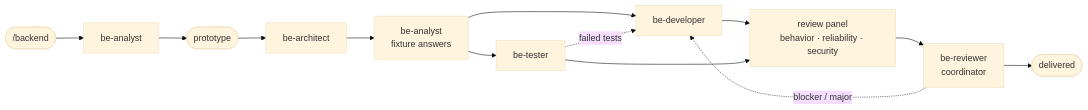
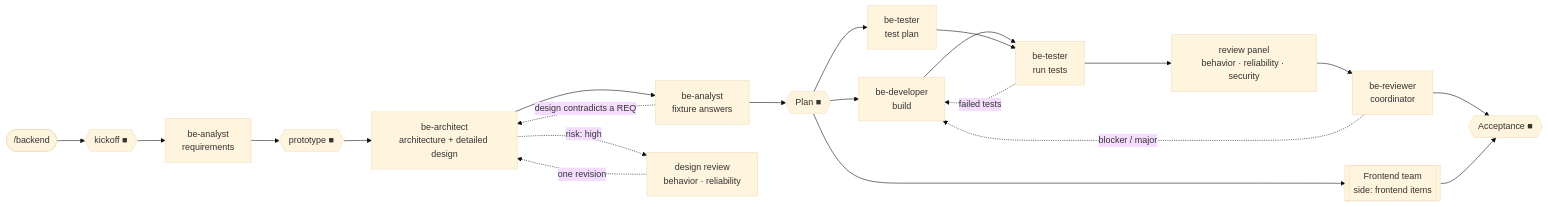
The diagram in backend/README.md (borun-li/claude-harness), drawn with Mermaid (base theme) before and after one commit. The commit also changed other lines of this file and 5 other files, not shown here.

First line of the commit message:
READMEs follow the current flows; drop stale references

````diff
--- a/backend/README.md
+++ b/backend/README.md
@@ -8,8 +8,13 @@
 ```mermaid
 flowchart LR
-    S(["/backend"]) --> AN[be-analyst] --> P([prototype]) --> AR[be-architect] --> FX[be-analyst<br/>fixture answers]
-    FX --> DEV[be-developer] & TE[be-tester]
-    DEV & TE --> PN[review panel<br/>behavior · reliability · security] --> CO[be-reviewer<br/>coordinator] --> E([delivered])
+    S(["/backend"]) --> K{{kickoff ■}} --> AN[be-analyst<br/>requirements] --> P{{prototype ■}}
+    P --> AR[be-architect<br/>architecture + detailed design] --> FX[be-analyst<br/>fixture answers] --> PL{{Plan ■}}
+    AR -. "risk: high" .-> DR[design review<br/>behavior · reliability] -. "one revision" .-> AR
+    FX -. "design contradicts a REQ" .-> AR
+    PL --> DEV[be-developer<br/>build] & TP[be-tester<br/>test plan]
+    PL --> FT[[Frontend team<br/>side: frontend items]]
+    DEV & TP --> VT[be-tester<br/>run tests] --> PN[review panel<br/>behavior · reliability · security] --> CO[be-reviewer<br/>coordinator] --> AC{{Acceptance ■}}
+    FT --> AC
+    VT -. "failed tests" .-> DEV
     CO -. "blocker / major" .-> DEV
-    TE -. "failed tests" .-> DEV
 ```
````
